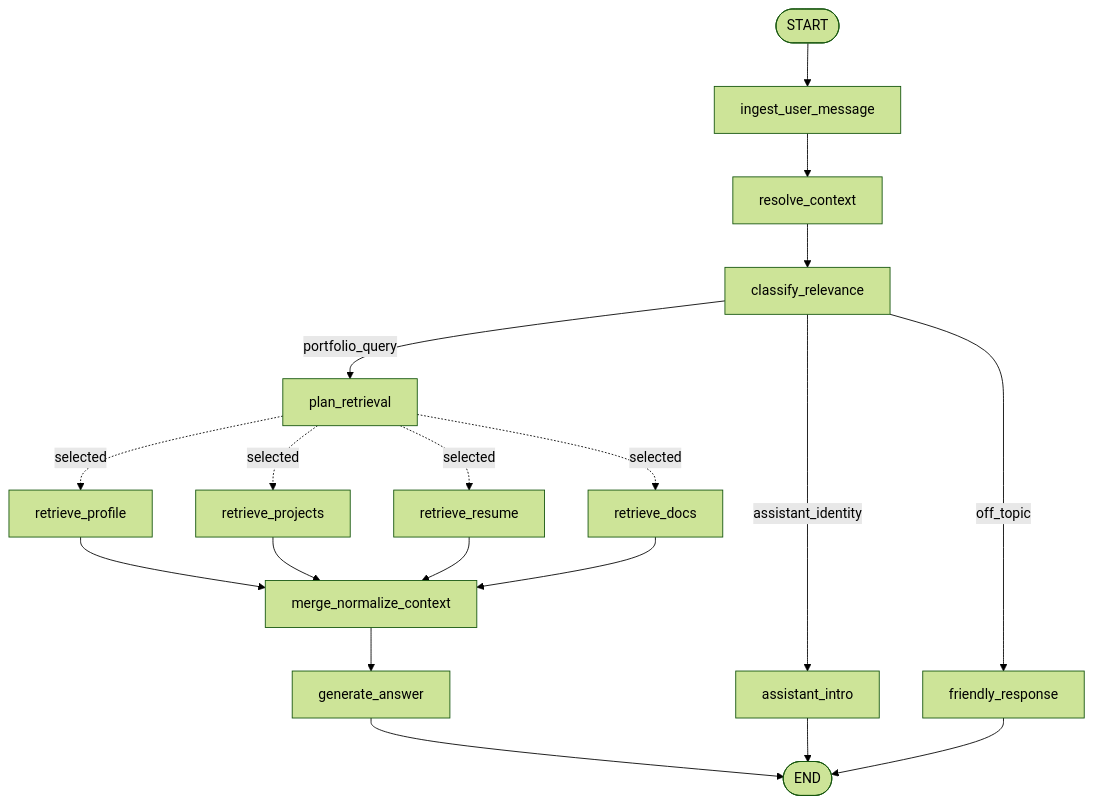
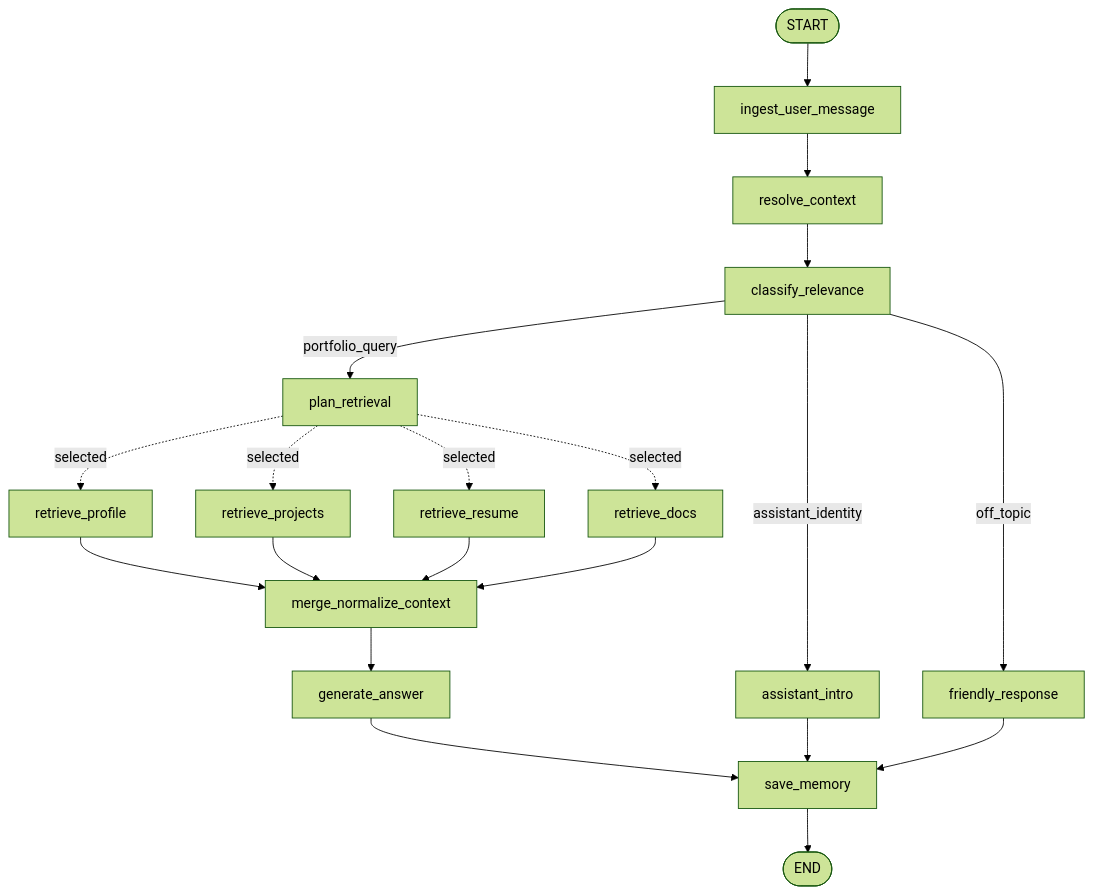
One commit to yubi00/portfolio-assistant-langgraph changed the second of 2 diagrams in LANGGRAPH_ARCHITECTURE.md. Above: the diagram before and after it, drawn with Mermaid (forest theme). The commit also changed other lines of this file and 14 other files, not shown here.

Commit message:
Add save-memory graph step

````diff
--- a/LANGGRAPH_ARCHITECTURE.md
+++ b/LANGGRAPH_ARCHITECTURE.md
@@ -58,23 +62,24 @@
 ```mermaid
 flowchart TD
     START([START]) --> Ingest[ingest_user_message]
     Ingest --> Resolve[resolve_context]
     Resolve --> Classify[classify_relevance]
 
     Classify -->|portfolio_query| Plan[plan_retrieval]
     Classify -->|assistant_identity| Intro[assistant_intro]
     Classify -->|off_topic| Friendly[friendly_response]
 
     Plan -. selected .-> Profile[retrieve_profile]
     Plan -. selected .-> Projects[retrieve_projects]
     Plan -. selected .-> Resume[retrieve_resume]
     Plan -. selected .-> Docs[retrieve_docs]
     Profile --> Merge[merge_normalize_context]
     Projects --> Merge
     Resume --> Merge
     Docs --> Merge
     Merge --> Answer[generate_answer]
-    Answer --> END([END])
-    Intro --> END
-    Friendly --> END
+    Answer --> Save[save_memory]
+    Intro --> Save
+    Friendly --> Save
+    Save --> END([END])
 ```
````
